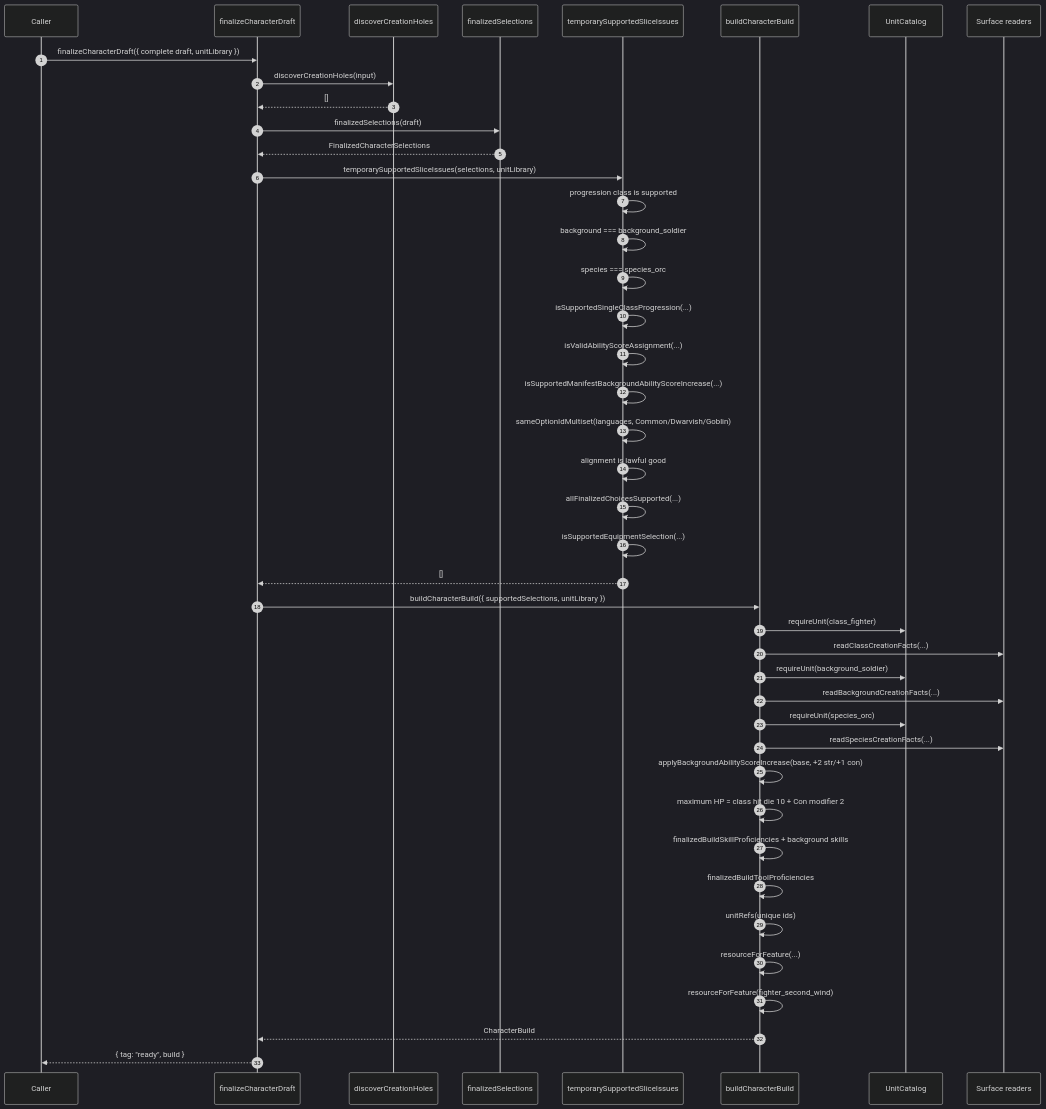
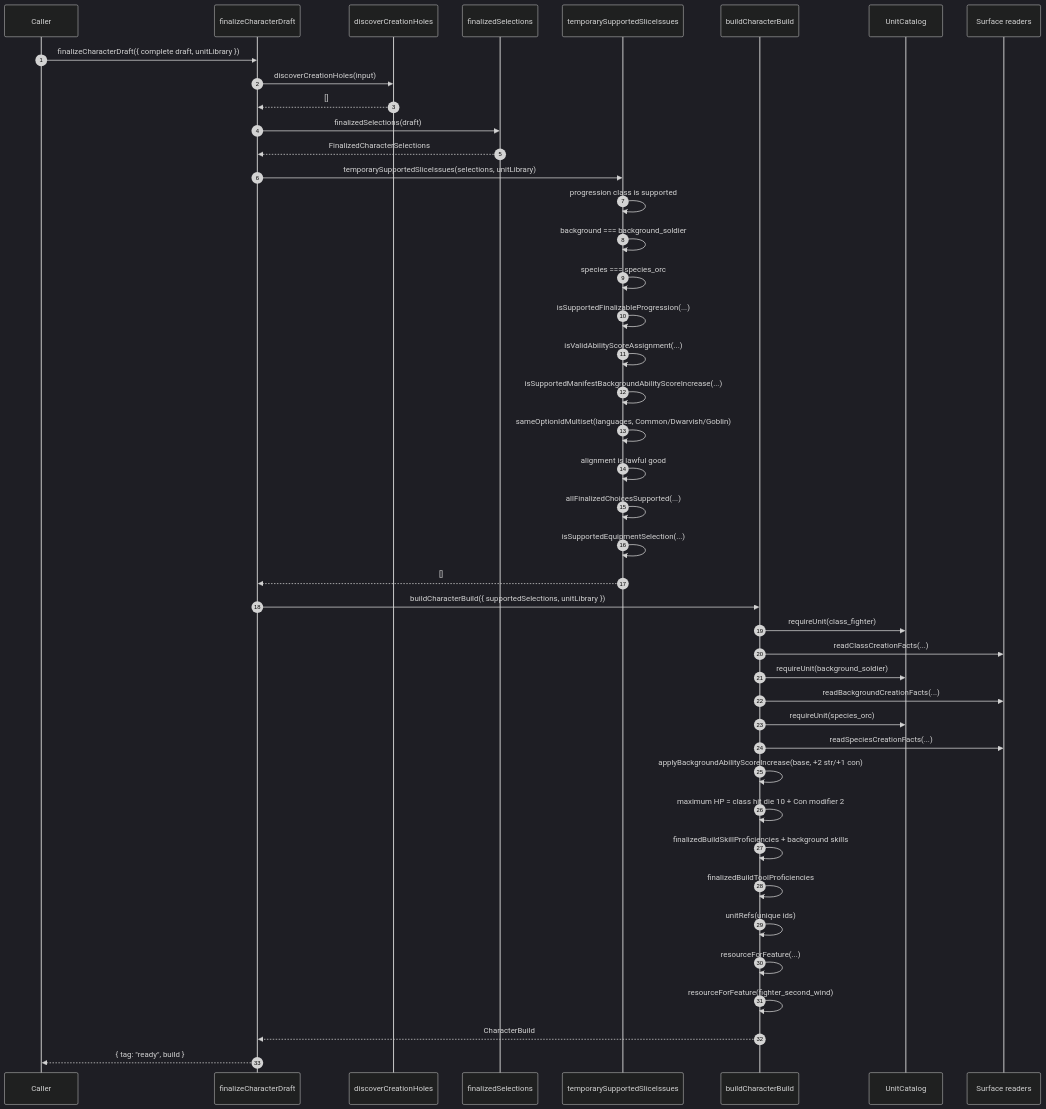
Before and after one commit to dearlordylord/5e-quint: the ninth of 10 diagrams in packages/character-creation-runtime/EXPLANATORY_TIME_DIAGRAM.md, drawn with Mermaid (dark theme). The commit also changed other lines of this file and 9 other files, not shown here.

````diff
--- a/packages/character-creation-runtime/EXPLANATORY_TIME_DIAGRAM.md
+++ b/packages/character-creation-runtime/EXPLANATORY_TIME_DIAGRAM.md
@@ -471,46 +471,46 @@
 ```mermaid
 sequenceDiagram
   autonumber
   participant Caller
   participant Runtime as finalizeCharacterDraft
   participant Discover as discoverCreationHoles
   participant Narrow as finalizedSelections
   participant Legal as temporarySupportedSliceIssues
   participant Build as buildCharacterBuild
   participant Catalog as UnitCatalog
   participant Surface as Surface readers
 
   Caller->>Runtime: finalizeCharacterDraft({ complete draft, unitLibrary })
   Runtime->>Discover: discoverCreationHoles(input)
   Discover-->>Runtime: []
   Runtime->>Narrow: finalizedSelections(draft)
   Narrow-->>Runtime: FinalizedCharacterSelections
   Runtime->>Legal: temporarySupportedSliceIssues(selections, unitLibrary)
   Legal->>Legal: progression class is supported
   Legal->>Legal: background === background_soldier
   Legal->>Legal: species === species_orc
-  Legal->>Legal: isSupportedSingleClassProgression(...)
+  Legal->>Legal: isSupportedFinalizableProgression(...)
   Legal->>Legal: isValidAbilityScoreAssignment(...)
   Legal->>Legal: isSupportedManifestBackgroundAbilityScoreIncrease(...)
   Legal->>Legal: sameOptionIdMultiset(languages, Common/Dwarvish/Goblin)
   Legal->>Legal: alignment is lawful good
   Legal->>Legal: allFinalizedChoicesSupported(...)
   Legal->>Legal: isSupportedEquipmentSelection(...)
   Legal-->>Runtime: []
   Runtime->>Build: buildCharacterBuild({ supportedSelections, unitLibrary })
   Build->>Catalog: requireUnit(class_fighter)
   Build->>Surface: readClassCreationFacts(...)
   Build->>Catalog: requireUnit(background_soldier)
   Build->>Surface: readBackgroundCreationFacts(...)
   Build->>Catalog: requireUnit(species_orc)
   Build->>Surface: readSpeciesCreationFacts(...)
   Build->>Build: applyBackgroundAbilityScoreIncrease(base, +2 str/+1 con)
   Build->>Build: maximum HP = class hit die 10 + Con modifier 2
   Build->>Build: finalizedBuildSkillProficiencies + background skills
   Build->>Build: finalizedBuildToolProficiencies
   Build->>Build: unitRefs(unique ids)
   Build->>Build: resourceForFeature(...)
   Build->>Build: resourceForFeature(fighter_second_wind)
   Build-->>Runtime: CharacterBuild
   Runtime-->>Caller: { tag: "ready", build }
 ```
````
